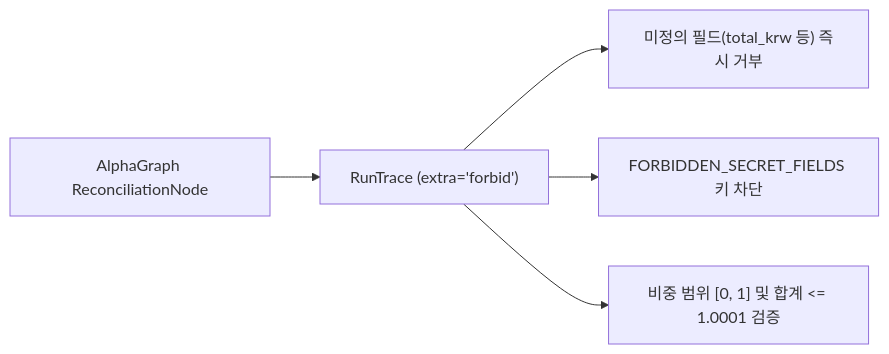
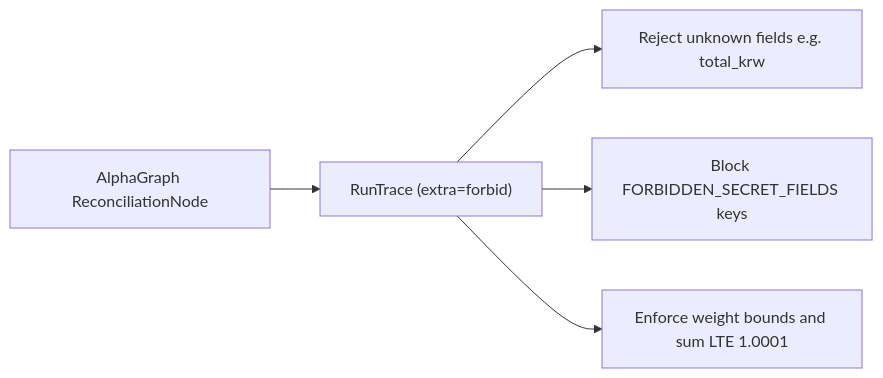
One commit to zerostreet/zerostreet-schema changed the diagram in openwiki/architecture/policy-and-telemetry-contracts.md. Above: the diagram before and after it, drawn with Mermaid. The commit also changed other lines of this file and 9 other files, not shown here.

````diff
--- a/openwiki/architecture/policy-and-telemetry-contracts.md
+++ b/openwiki/architecture/policy-and-telemetry-contracts.md
@@ -39,7 +51,7 @@
 ```mermaid
 flowchart LR
-    AG["AlphaGraph ReconciliationNode"] --> RT["RunTrace (extra='forbid')"]
-    RT --> CHK1["미정의 필드(total_krw 등) 즉시 거부"]
-    RT --> CHK2["FORBIDDEN_SECRET_FIELDS 키 차단"]
-    RT --> CHK3["비중 범위 [0, 1] 및 합계 <= 1.0001 검증"]
+    AG["AlphaGraph ReconciliationNode"] --> RT["RunTrace (extra=forbid)"]
+    RT --> CHK1["Reject unknown fields e.g. total_krw"]
+    RT --> CHK2["Block FORBIDDEN_SECRET_FIELDS keys"]
+    RT --> CHK3["Enforce weight bounds and sum LTE 1.0001"]
 ```
````
